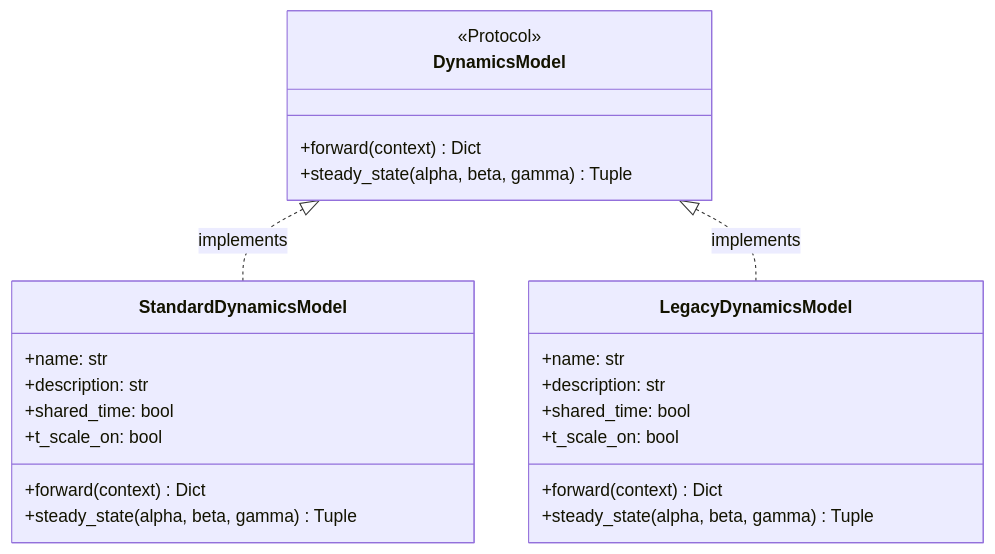
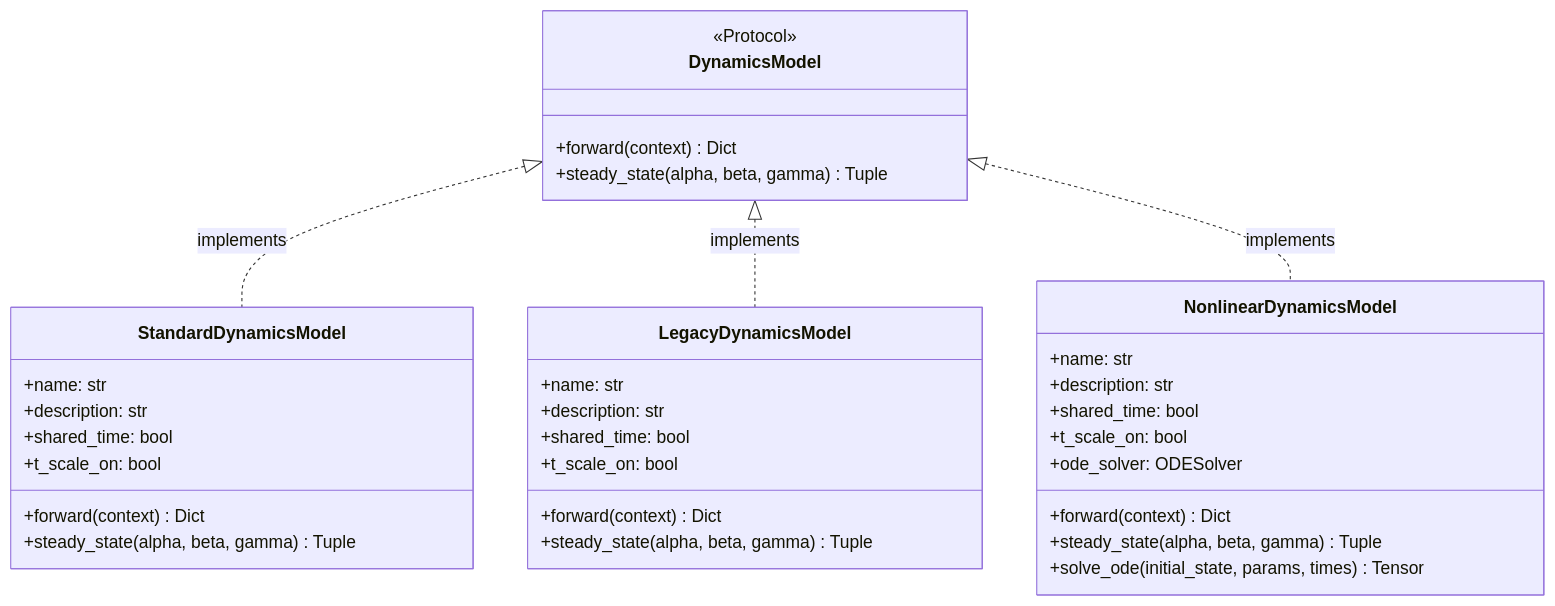
One commit to pinellolab/pyrovelocity changed the third of 11 diagrams in nbs/development/architecture.qmd. Above: the diagram before and after it, drawn with Mermaid. The commit also changed other lines of this file, not shown here.

Commit message:
docs(development): propagate model selection updates to architecture

````diff
--- a/nbs/development/architecture.qmd
+++ b/nbs/development/architecture.qmd
@@ -506,29 +570,41 @@
 ```{mermaid}
 classDiagram
     class DynamicsModel {
         <<Protocol>>
         +forward(context) Dict
         +steady_state(alpha, beta, gamma) Tuple
     }
 
     class StandardDynamicsModel {
         +name: str
         +description: str
         +shared_time: bool
         +t_scale_on: bool
         +forward(context) Dict
         +steady_state(alpha, beta, gamma) Tuple
     }
 
     class LegacyDynamicsModel {
         +name: str
         +description: str
         +shared_time: bool
         +t_scale_on: bool
         +forward(context) Dict
         +steady_state(alpha, beta, gamma) Tuple
     }
 
+    class NonlinearDynamicsModel {
+        +name: str
+        +description: str
+        +shared_time: bool
+        +t_scale_on: bool
+        +ode_solver: ODESolver
+        +forward(context) Dict
+        +steady_state(alpha, beta, gamma) Tuple
+        +solve_ode(initial_state, params, times) Tensor
+    }
+
     DynamicsModel <|.. StandardDynamicsModel : implements
     DynamicsModel <|.. LegacyDynamicsModel : implements
+    DynamicsModel <|.. NonlinearDynamicsModel : implements
 ```
````
